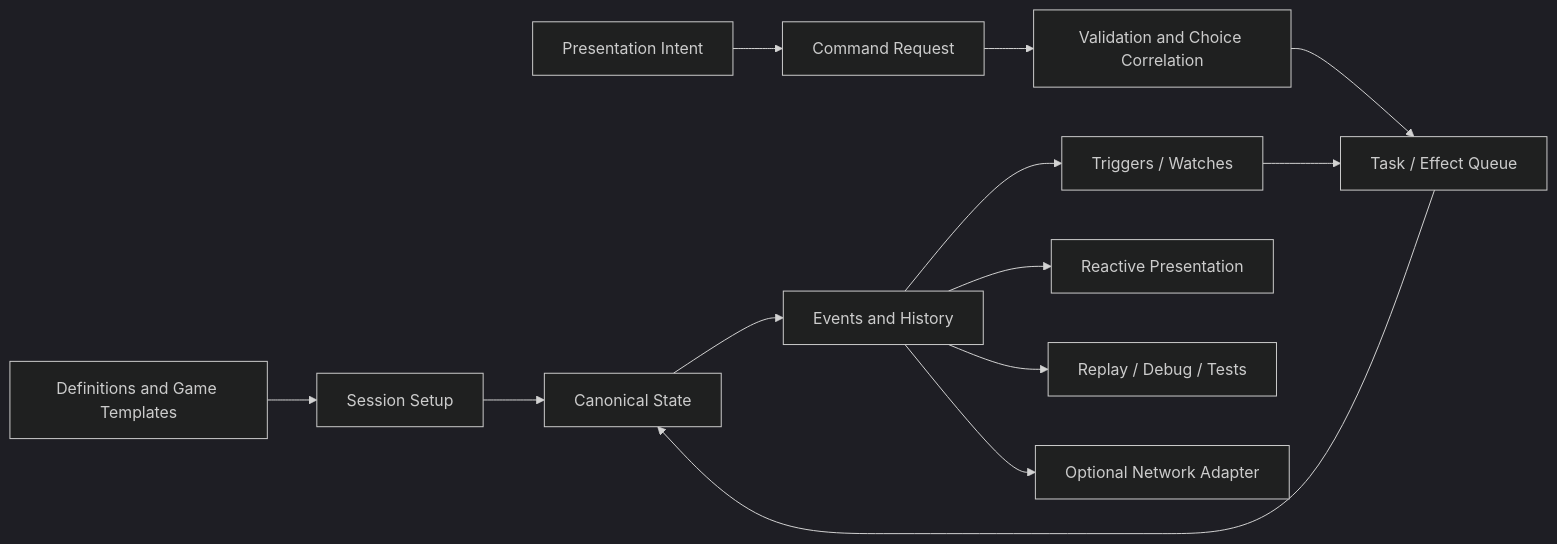
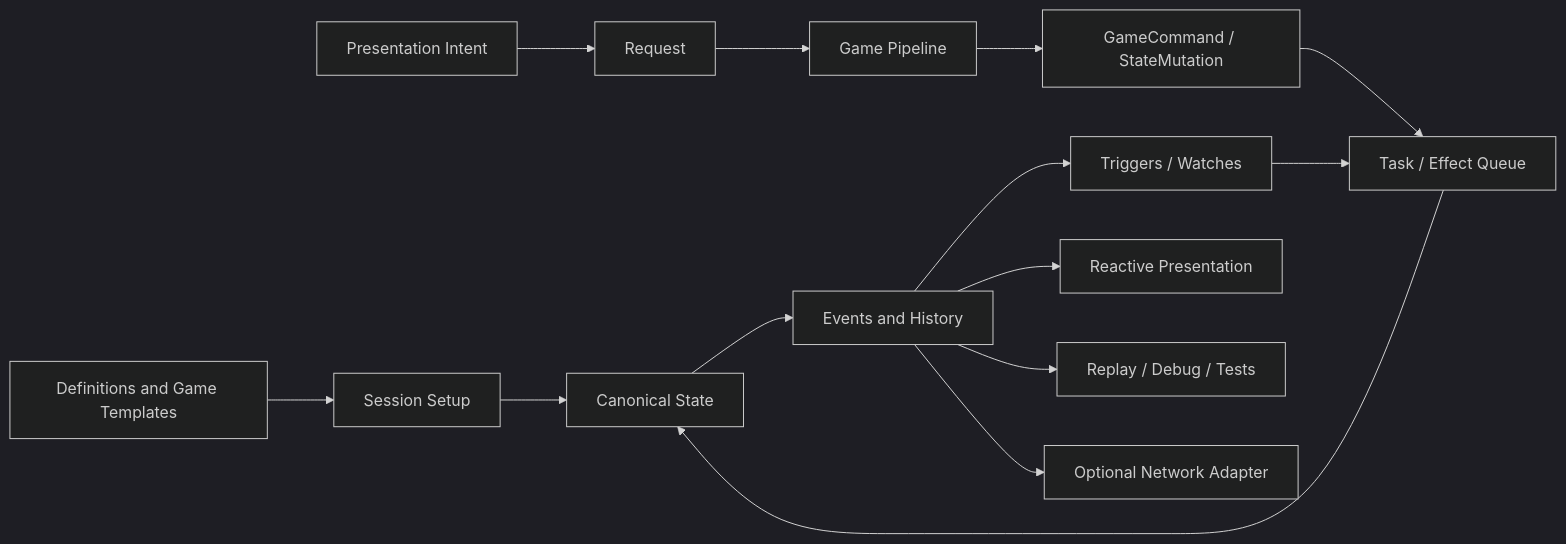
The first of 2 diagrams in RESEARCH/03-architecture-directions.md (MgCohen/Card-Framework), drawn with Mermaid (dark theme) before and after one commit. The commit also changed other lines of this file and 20 other files, not shown here.

````diff
--- a/RESEARCH/03-architecture-directions.md
+++ b/RESEARCH/03-architecture-directions.md
@@ -9,15 +9,16 @@
 ```mermaid
 flowchart LR
   authoring[Definitions and Game Templates] --> setup[Session Setup]
   setup --> state[Canonical State]
-  input[Presentation Intent] --> command[Command Request]
-  command --> validate[Validation and Choice Correlation]
-  validate --> queue[Task / Effect Queue]
+  input[Presentation Intent] --> request[Request]
+  request --> pipeline[Game Pipeline]
+  pipeline --> command[GameCommand / StateMutation]
+  command --> queue[Task / Effect Queue]
   queue --> state
   state --> events[Events and History]
   events --> triggers[Triggers / Watches]
   triggers --> queue
   events --> vm[Reactive Presentation]
   events --> replay[Replay / Debug / Tests]
   events --> network[Optional Network Adapter]
 ```
````
